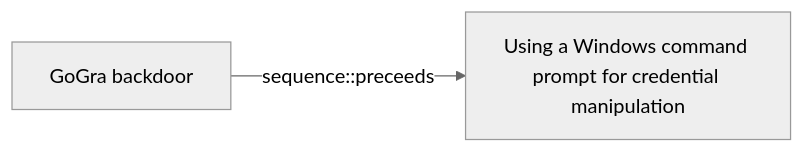
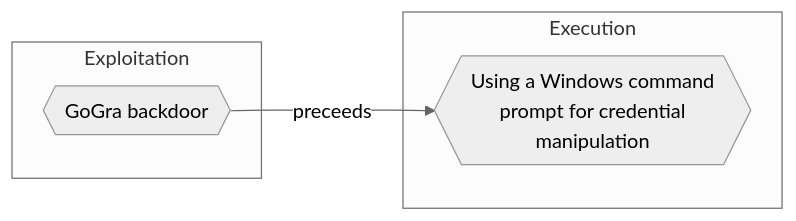
Before and after one commit to opentidehq/library: the diagram in docs/threats/gogra-backdoor.md, drawn with Mermaid (neutral theme). The commit also changed other lines of this file and 540 other files, not shown here.

````diff
--- a/docs/threats/gogra-backdoor.md
+++ b/docs/threats/gogra-backdoor.md
@@ -75,6 +91,10 @@
 ```mermaid
 flowchart LR
-f2c59a8e_3b1f_4a99_80f0_3675b8c1f184["GoGra backdoor"]
-06523ed4_7881_4466_9ac5_f8417e972d13["Using a Windows command prompt for credential manipulation"]
-f2c59a8e_3b1f_4a99_80f0_3675b8c1f184 -->|sequence::preceeds| 06523ed4_7881_4466_9ac5_f8417e972d13
+subgraph "Exploitation"
+f2c59a8e_3b1f_4a99_80f0_3675b8c1f184{{"GoGra backdoor"}}
+end
+subgraph "Execution"
+06523ed4_7881_4466_9ac5_f8417e972d13{{"Using a Windows command<br>prompt for credential<br>manipulation"}}
+end
+f2c59a8e_3b1f_4a99_80f0_3675b8c1f184 -->|preceeds| 06523ed4_7881_4466_9ac5_f8417e972d13
 ```
````
